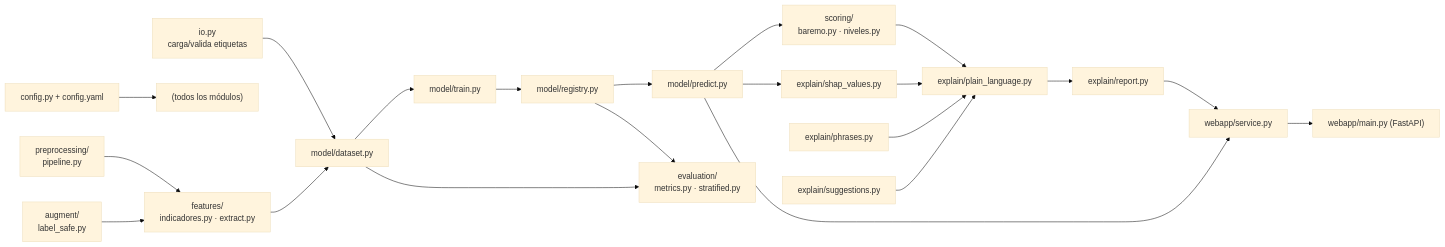
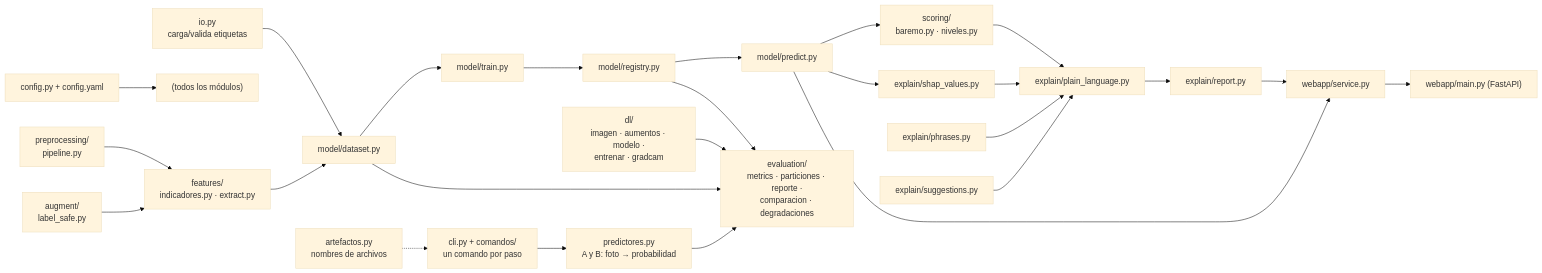
One commit to esaumorales/Grafomotricidad changed the fourth of 4 diagrams in docs/ARQUITECTURA.md. Above: the diagram before and after it, drawn with Mermaid (base theme). The commit also changed other lines of this file and 97 other files, not shown here.

````diff
--- a/docs/ARQUITECTURA.md
+++ b/docs/ARQUITECTURA.md
@@ -114,21 +168,25 @@
 ```mermaid
 flowchart LR
     io["io.py<br/>carga/valida etiquetas"] --> ds["model/dataset.py"]
     cfg["config.py + config.yaml"] --> todos["(todos los módulos)"]
     pre["preprocessing/<br/>pipeline.py"] --> fea["features/<br/>indicadores.py · extract.py"]
     aug["augment/<br/>label_safe.py"] --> fea
     fea --> ds --> tr["model/train.py"] --> reg["model/registry.py"]
     reg --> pred["model/predict.py"]
     pred --> sco["scoring/<br/>baremo.py · niveles.py"]
     pred --> shp["explain/shap_values.py"]
     sco --> pl["explain/plain_language.py"]
     shp --> pl
     ph["explain/phrases.py"] --> pl
     sug["explain/suggestions.py"] --> pl
     pl --> rep["explain/report.py"]
     rep --> svc["webapp/service.py"]
     pred --> svc
     svc --> api["webapp/main.py (FastAPI)"]
-    ds --> ev["evaluation/<br/>metrics.py · stratified.py"]
+    ds --> ev["evaluation/<br/>metrics · particiones · reporte ·<br/>comparacion · degradaciones"]
     reg --> ev
+    dl["dl/<br/>imagen · aumentos · modelo ·<br/>entrenar · gradcam"] --> ev
+    pr["predictores.py<br/>A y B: foto → probabilidad"] --> ev
+    cli["cli.py + comandos/<br/>un comando por paso"] --> pr
+    art["artefactos.py<br/>nombres de archivos"] -.-> cli
 ```
````
